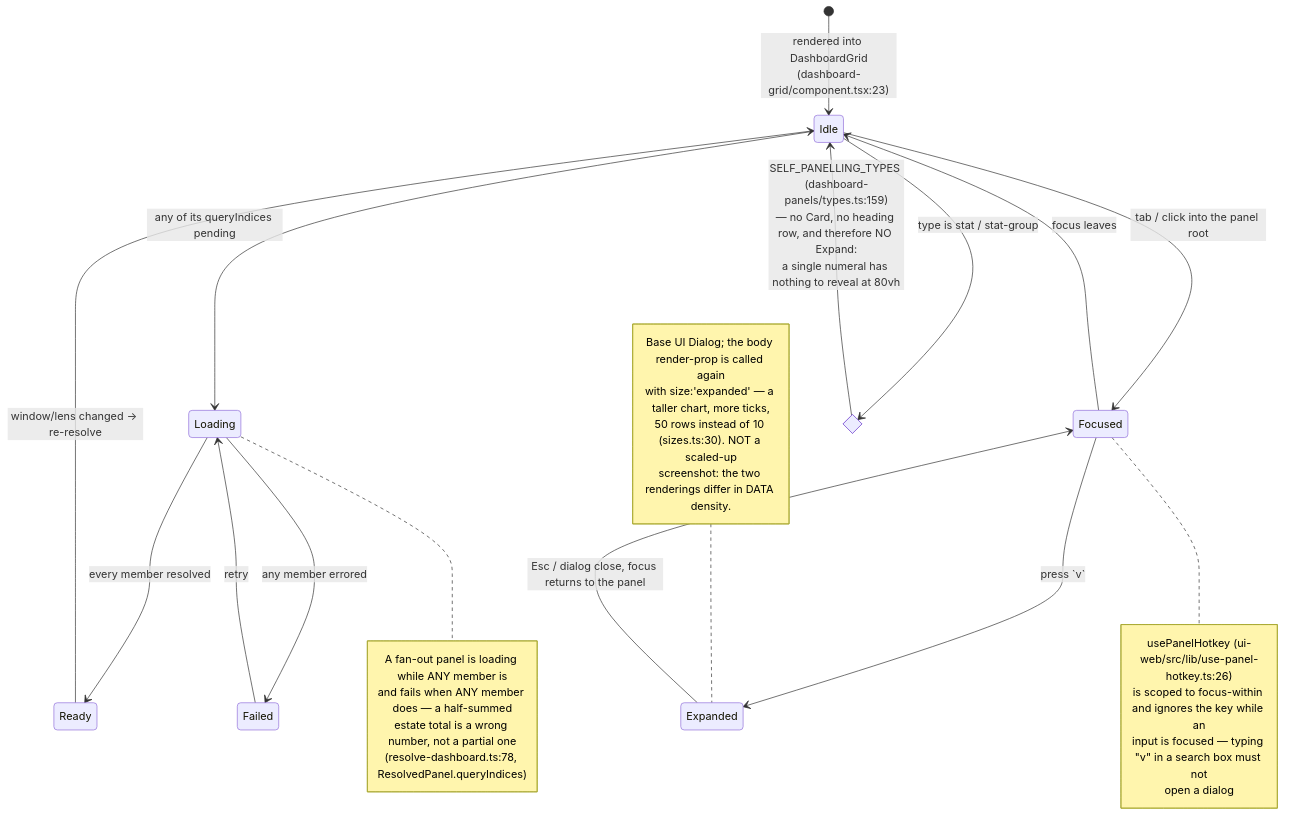
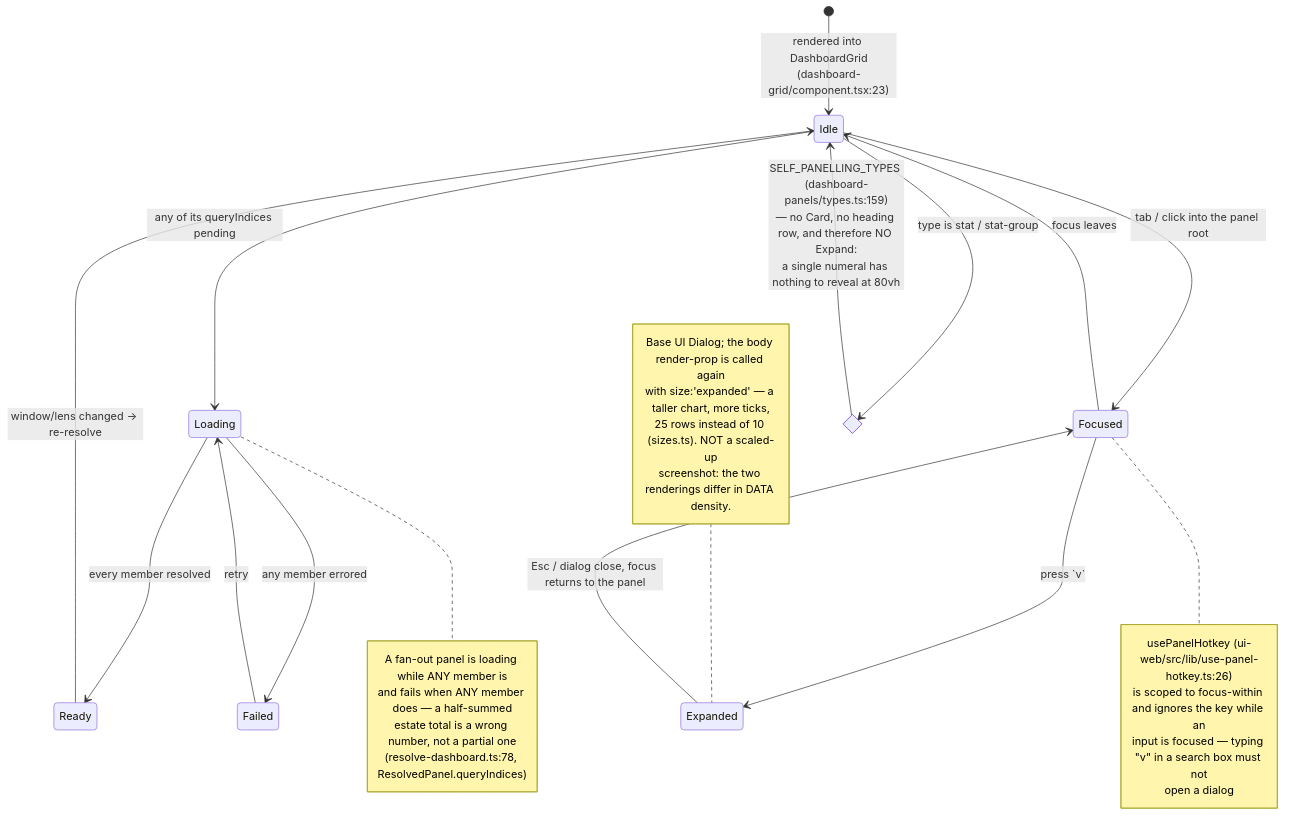
One commit to ADORSYS-GIS/converse-frontends changed the second of 4 diagrams in docs/adr/0015-admin-console-v2-declarative-dashboards-permissions-export.md. Above: the diagram before and after it, drawn with Mermaid. The commit also changed other lines of this file and 52 other files, not shown here.

````diff
--- a/docs/adr/0015-admin-console-v2-declarative-dashboards-permissions-export.md
+++ b/docs/adr/0015-admin-console-v2-declarative-dashboards-permissions-export.md
@@ -562,39 +604,39 @@
 ```mermaid
 stateDiagram-v2
     [*] --> Idle: rendered into DashboardGrid<br/>(dashboard-grid/component.tsx:23)
 
     Idle --> Loading: any of its queryIndices pending
     Loading --> Ready: every member resolved
     Loading --> Failed: any member errored
     note right of Loading
         A fan-out panel is loading while ANY member is
         and fails when ANY member does — a half-summed
         estate total is a wrong number, not a partial one
         (resolve-dashboard.ts:78, ResolvedPanel.queryIndices)
     end note
 
     Failed --> Loading: retry
     Ready --> Idle: window/lens changed → re-resolve
 
     Idle --> Focused: tab / click into the panel root
     Focused --> Idle: focus leaves
     Focused --> Expanded: press `v`
     note right of Focused
         usePanelHotkey (ui-web/src/lib/use-panel-hotkey.ts:26)
         is scoped to focus-within and ignores the key while an
         input is focused — typing "v" in a search box must not
         open a dialog
     end note
 
     Expanded --> Focused: Esc / dialog close, focus returns to the panel
     note left of Expanded
         Base UI Dialog; the body render-prop is called again
         with size:'expanded' — a taller chart, more ticks,
-        50 rows instead of 10 (sizes.ts:30). NOT a scaled-up
+        25 rows instead of 10 (sizes.ts). NOT a scaled-up
         screenshot: the two renderings differ in DATA density.
     end note
 
     state chrome_bare <<choice>>
     Idle --> chrome_bare: type is stat / stat-group
     chrome_bare --> Idle: SELF_PANELLING_TYPES (dashboard-panels/types.ts:159)<br/>— no Card, no heading row, and therefore NO Expand:<br/>a single numeral has nothing to reveal at 80vh
 ```
````
